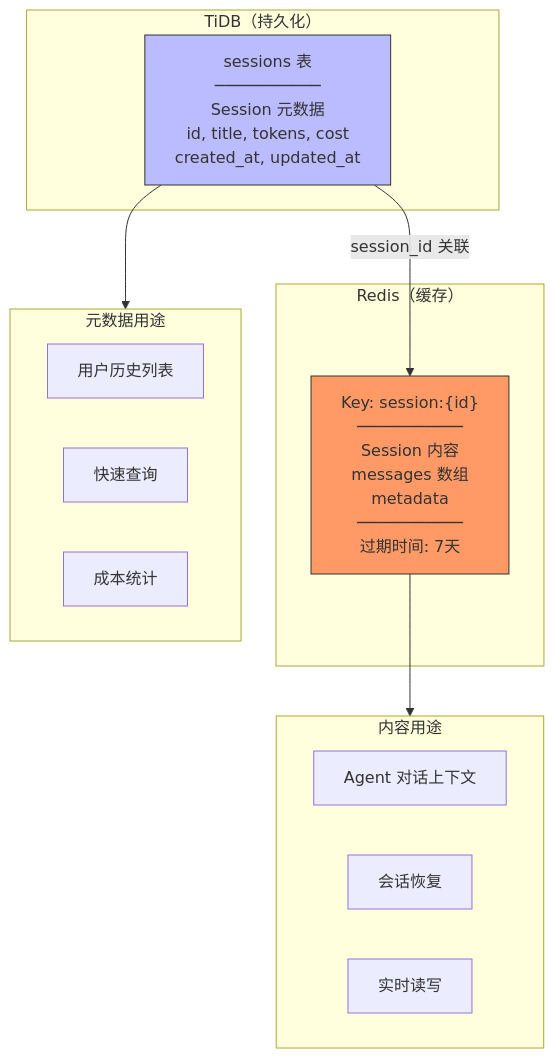
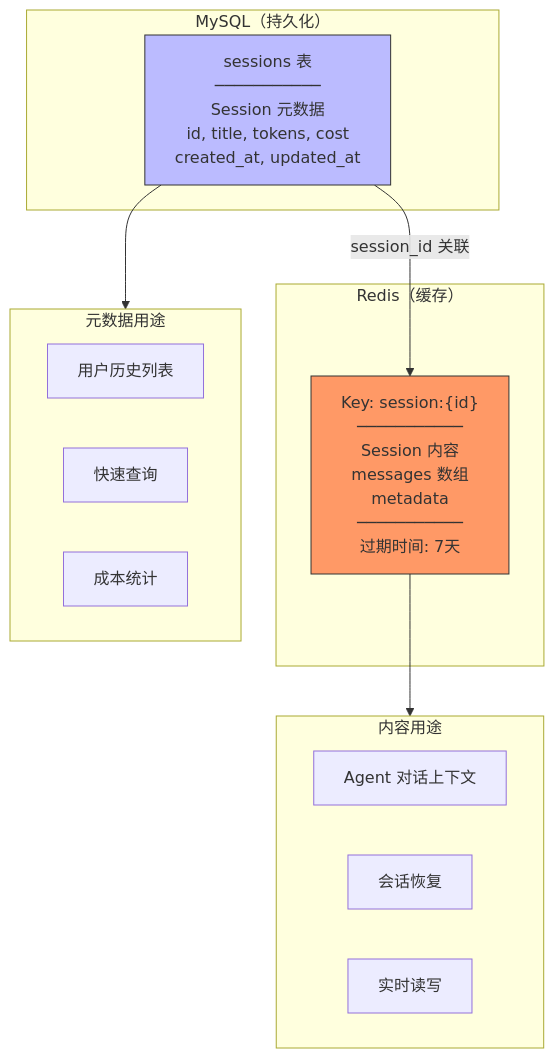
One commit to xiaocaipi/mm-doc changed diagram 27 of 27 in agent/agent_project_design_1.md. Above: the diagram before and after it, drawn with Mermaid. The commit also changed other lines of this file and 1 other file, not shown here.

````diff
--- a/agent/agent_project_design_1.md
+++ b/agent/agent_project_design_1.md
@@ -1885,29 +2047,29 @@
 ```mermaid
 graph TB
-    subgraph TIDB["TiDB（持久化）"]
+    subgraph TIDB["MySQL（持久化）"]
         M1["sessions 表<br/>───────────<br/>Session 元数据<br/>id, title, tokens, cost<br/>created_at, updated_at"]
     end
     
     subgraph REDIS["Redis（缓存）"]
         R1["Key: session:{id}<br/>───────────<br/>Session 内容<br/>messages 数组<br/>metadata<br/>───────────<br/>过期时间: 7天"]
     end
     
     subgraph USE1["元数据用途"]
         U1["用户历史列表"]
         U2["快速查询"]
         U3["成本统计"]
     end
     
     subgraph USE2["内容用途"]
         U4["Agent 对话上下文"]
         U5["会话恢复"]
         U6["实时读写"]
     end
     
     M1 -->|"session_id 关联"| R1
     M1 --> USE1
     R1 --> USE2
     
     style R1 fill:#f96,stroke:#333
     style M1 fill:#bbf,stroke:#333
 ```
````
